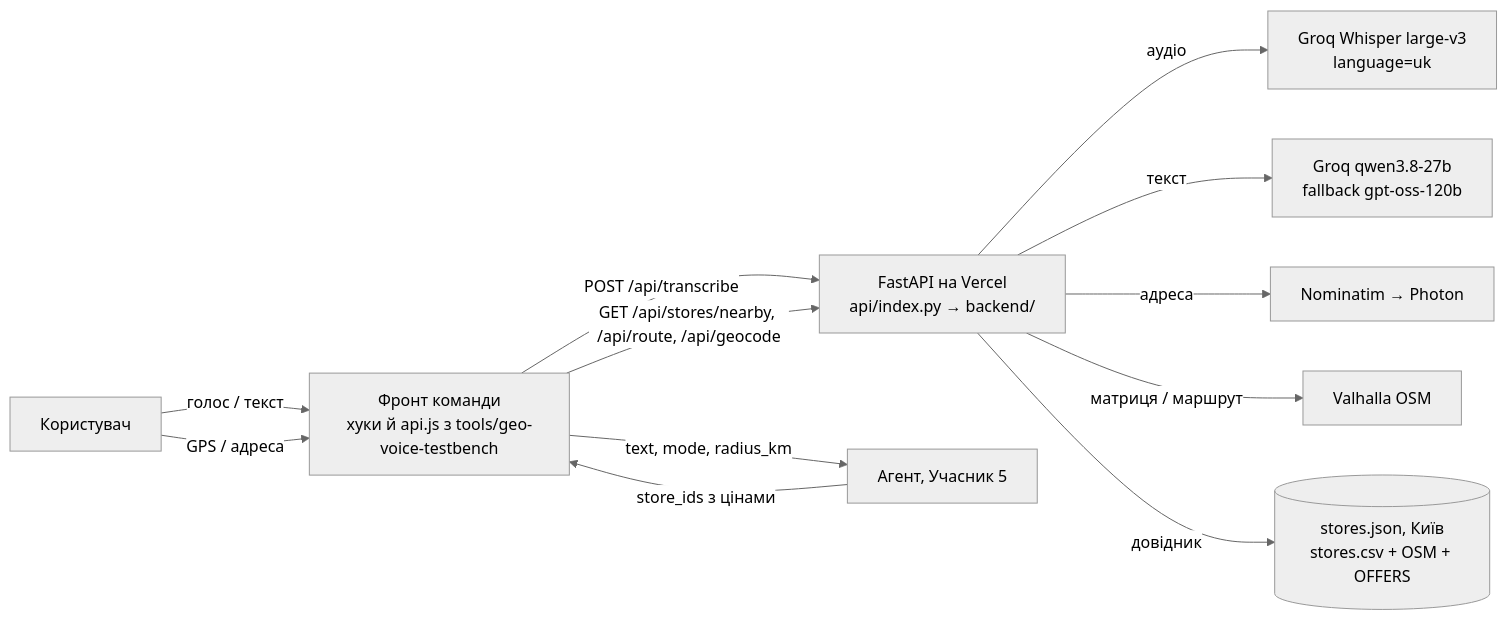
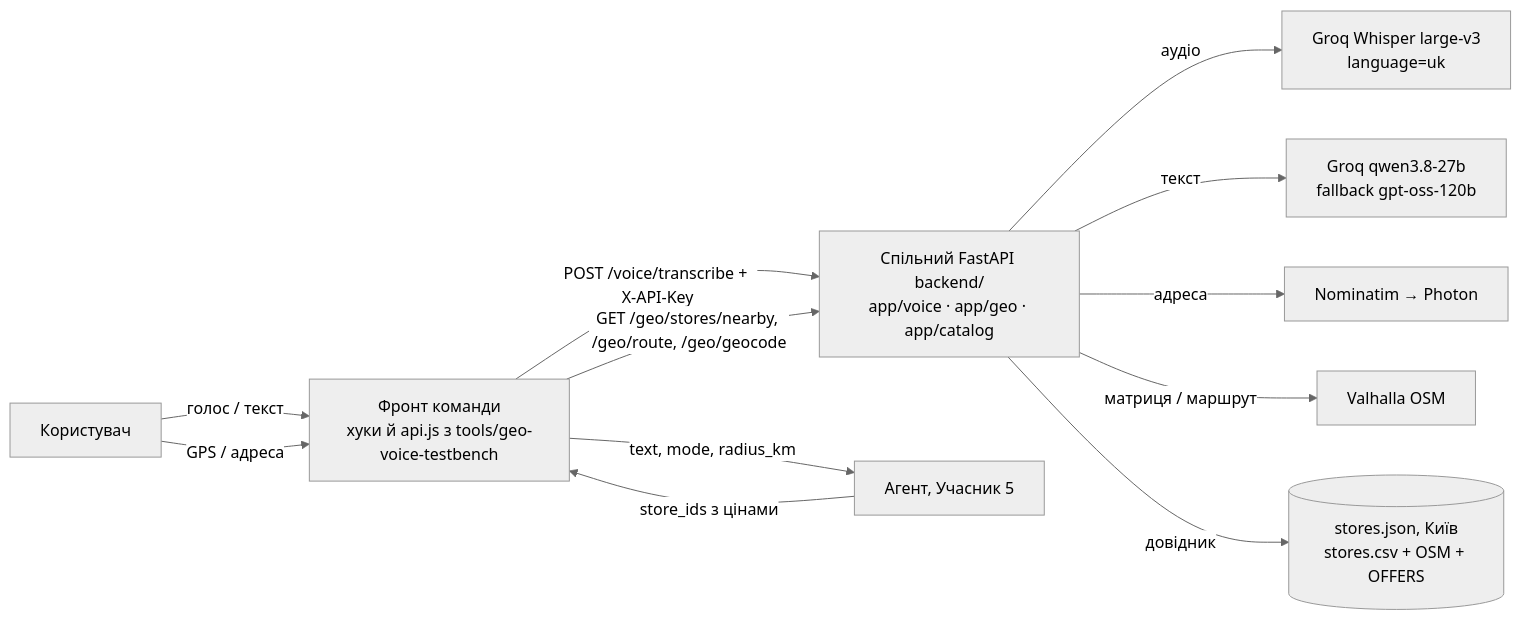
The diagram in docs/VOICE_GEO.md (Monsteroo/hackathon-project_team3), drawn with Mermaid (neutral theme) before and after one commit. The commit also changed other lines of this file and 1 other file, not shown here.

First line of the commit message:
docs(voice-geo): HANDOFF with TypeScript types, /geo and /voice paths, X-API-Key

````diff
--- a/docs/VOICE_GEO.md
+++ b/docs/VOICE_GEO.md
@@ -8,14 +8,14 @@
 ```mermaid
 flowchart LR
   U[Користувач] -- голос / текст --> FE[Фронт команди<br/>хуки й api.js з tools/geo-voice-testbench]
   U -- GPS / адреса --> FE
-  FE -- POST /api/transcribe --> API[FastAPI на Vercel<br/>api/index.py → backend/]
-  FE -- GET /api/stores/nearby, /api/route, /api/geocode --> API
+  FE -- POST /voice/transcribe + X-API-Key --> API[Спільний FastAPI backend/<br/>app/voice · app/geo · app/catalog]
+  FE -- GET /geo/stores/nearby, /geo/route, /geo/geocode --> API
   API -- аудіо --> W[Groq Whisper large-v3<br/>language=uk]
   API -- текст --> L[Groq qwen3.8-27b<br/>fallback gpt-oss-120b]
   API -- адреса --> N[Nominatim → Photon]
   API -- матриця / маршрут --> V[Valhalla OSM]
   API -- довідник --> D[(stores.json, Київ<br/>stores.csv + OSM + OFFERS)]
   FE -- text, mode, radius_km --> AG[Агент, Учасник 5]
   AG -- store_ids з цінами --> FE
 ```
````
